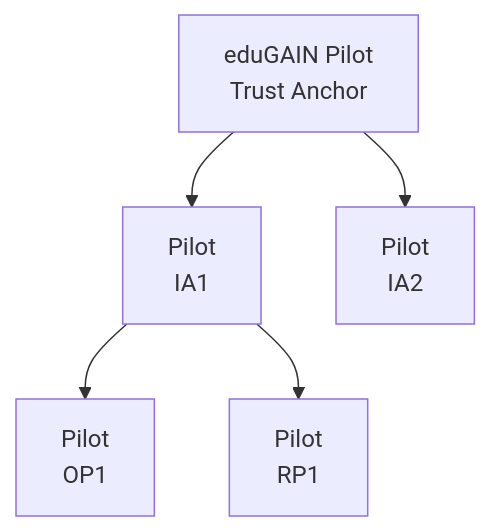
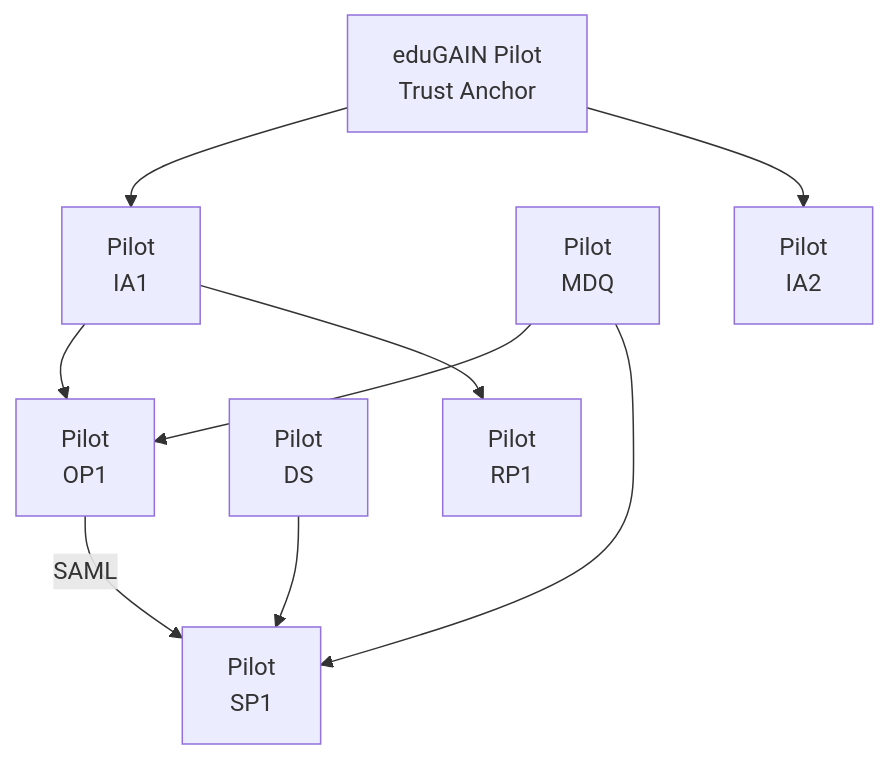
One commit to waldofouche/edugain-oidf-pilot changed the diagram in README.md. Above: the diagram before and after it, drawn with Mermaid. The commit also changed other lines of this file and 21 other files, not shown here.

First line of the commit message:
feat(dev): add local MDQ and DS services for SAML flow

````diff
--- a/README.md
+++ b/README.md
@@ -29,12 +34,19 @@
 ```mermaid
 graph TD;
   E[eduGAIN Pilot<br> Trust Anchor];
   PIA1[Pilot<br> IA1];
   POP1[Pilot<br> OP1];
+  PMDQ[Pilot<br> MDQ];
+  PDS[Pilot<br> DS];
+  PSP1[Pilot<br> SP1];
   PRP1[Pilot<br> RP1];
   PIA2[Pilot<br> IA2];
   E-->PIA1;
   E-->PIA2;
   PIA1-->POP1;
-  PIA1-->PRP1;  
+  PIA1-->PRP1;
+  PMDQ-->POP1;
+  PMDQ-->PSP1;
+  PDS-->PSP1;
+  POP1-- SAML -->PSP1;
 ```
````
